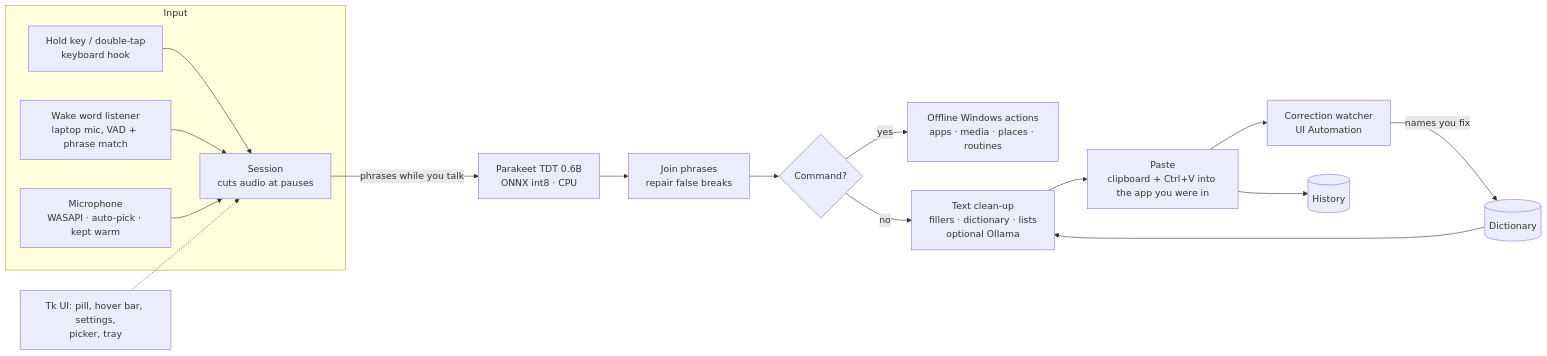
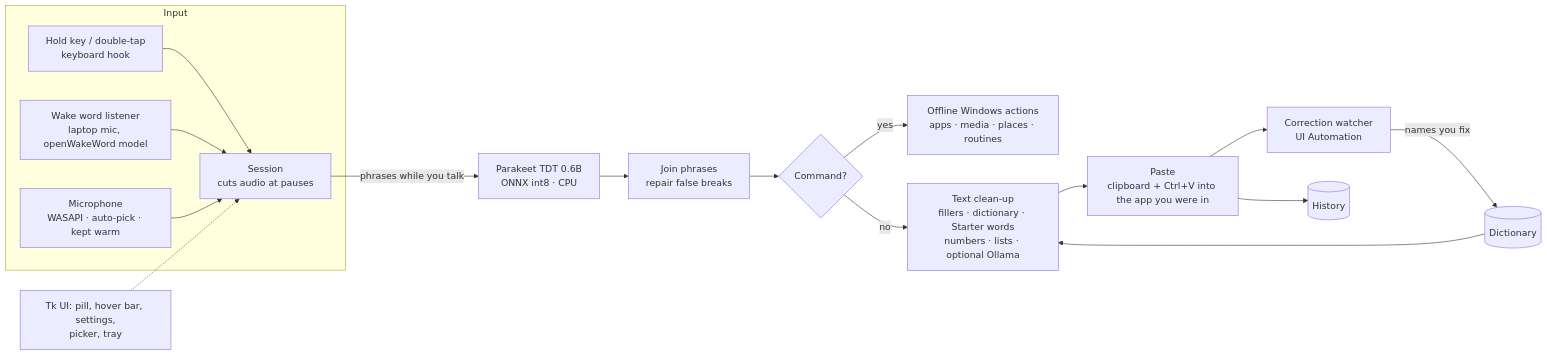
Before and after one commit to Adarsh1313/local-flow: the diagram in README.md, drawn with Mermaid. The commit also changed other lines of this file and 2 other files, not shown here.

Commit message:
Document numbers, lists, wake model, Dictionary rules and Starter words

````diff
--- a/README.md
+++ b/README.md
@@ -126,19 +128,19 @@
 ```mermaid
 flowchart LR
     subgraph Input
         K[Hold key / double-tap<br/>keyboard hook] --> S
-        W[Wake word listener<br/>laptop mic, VAD + phrase match] --> S
+        W[Wake word listener<br/>laptop mic, openWakeWord model] --> S
         M[Microphone<br/>WASAPI · auto-pick · kept warm] --> S
     end
     S[Session<br/>cuts audio at pauses] -->|phrases while you talk| P[Parakeet TDT 0.6B<br/>ONNX int8 · CPU]
     P --> J[Join phrases<br/>repair false breaks]
     J --> Q{Command?}
     Q -->|yes| A[Offline Windows actions<br/>apps · media · places · routines]
-    Q -->|no| T[Text clean-up<br/>fillers · dictionary · lists<br/>optional Ollama]
+    Q -->|no| T[Text clean-up<br/>fillers · dictionary · Starter words<br/>numbers · lists · optional Ollama]
     T --> V[Paste<br/>clipboard + Ctrl+V into the app you were in]
     V --> C[Correction watcher<br/>UI Automation]
     C -->|names you fix| D[(Dictionary)]
     D --> T
     V --> H[(History)]
     UI[Tk UI: pill, hover bar, settings,<br/>picker, tray] -.-> S
 ```
````
